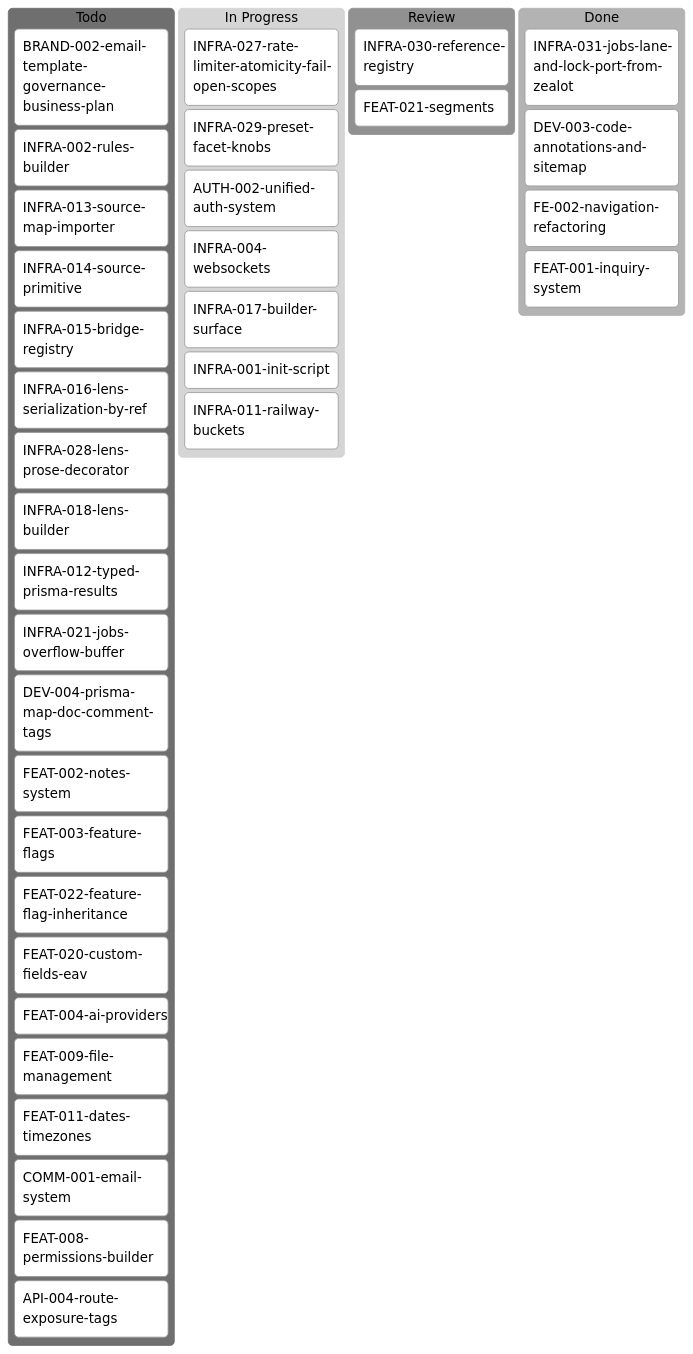
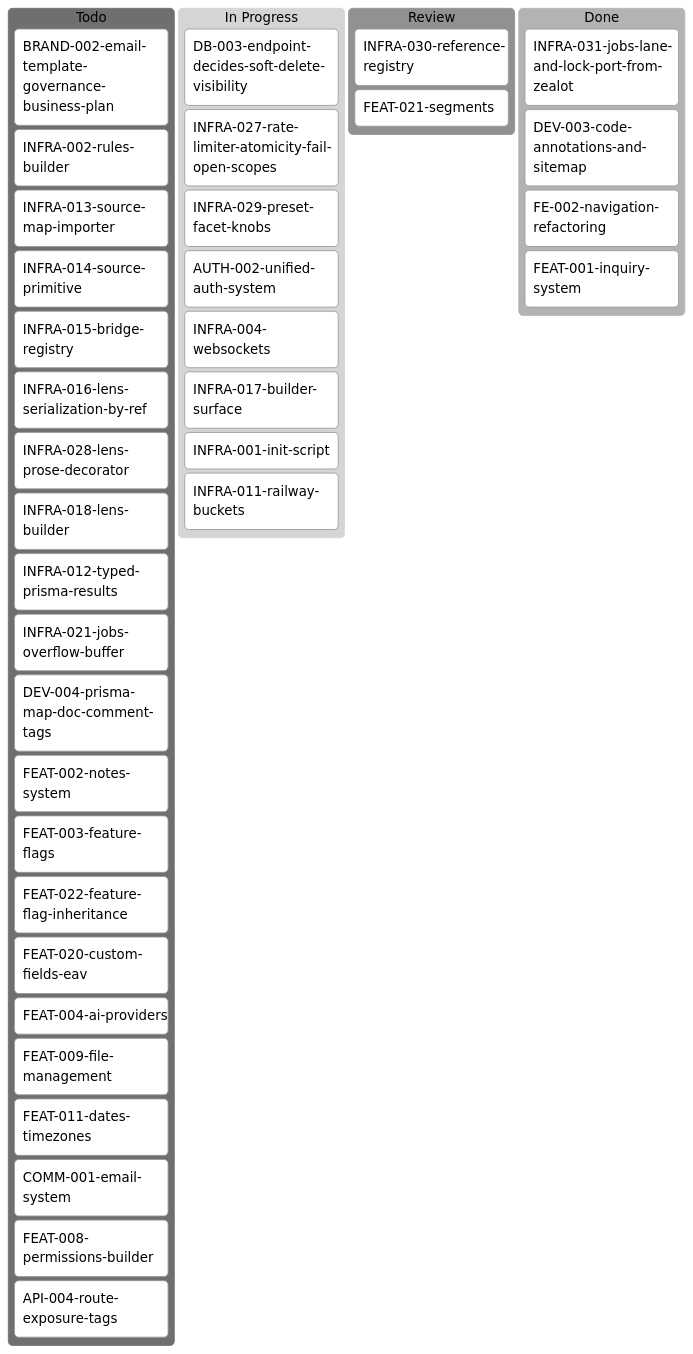
The diagram in tickets/kanban-aron.md (inixiative/template), drawn with Mermaid (neutral theme) before and after one commit. The commit also changed other lines of this file and 1 other file, not shown here.

First line of the commit message:
DB-003: ticket — the endpoint decides soft-delete visibility, not the actor

````diff
--- a/tickets/kanban-aron.md
+++ b/tickets/kanban-aron.md
@@ -3,46 +3,47 @@
 ```mermaid
 ---
 config:
   kanban:
     ticketBaseUrl: 'https://github.com/yourorg/template/blob/main/tickets/#TICKET#'
 ---
 kanban
   Todo
     BRAND-002-email-template-governance-business-plan
     INFRA-002-rules-builder
     INFRA-013-source-map-importer
     INFRA-014-source-primitive
     INFRA-015-bridge-registry
     INFRA-016-lens-serialization-by-ref
     INFRA-028-lens-prose-decorator
     INFRA-018-lens-builder
     INFRA-012-typed-prisma-results
     INFRA-021-jobs-overflow-buffer
     DEV-004-prisma-map-doc-comment-tags
     FEAT-002-notes-system
     FEAT-003-feature-flags
     FEAT-022-feature-flag-inheritance
     FEAT-020-custom-fields-eav
     FEAT-004-ai-providers
     FEAT-009-file-management
     FEAT-011-dates-timezones
     COMM-001-email-system
     FEAT-008-permissions-builder
     API-004-route-exposure-tags
   In Progress
+    DB-003-endpoint-decides-soft-delete-visibility
     INFRA-027-rate-limiter-atomicity-fail-open-scopes
     INFRA-029-preset-facet-knobs
     AUTH-002-unified-auth-system
     INFRA-004-websockets
     INFRA-017-builder-surface
     INFRA-001-init-script
     INFRA-011-railway-buckets
   Review
     INFRA-030-reference-registry
     FEAT-021-segments
   Done
     INFRA-031-jobs-lane-and-lock-port-from-zealot
     DEV-003-code-annotations-and-sitemap
     FE-002-navigation-refactoring
     FEAT-001-inquiry-system
 ```
````
